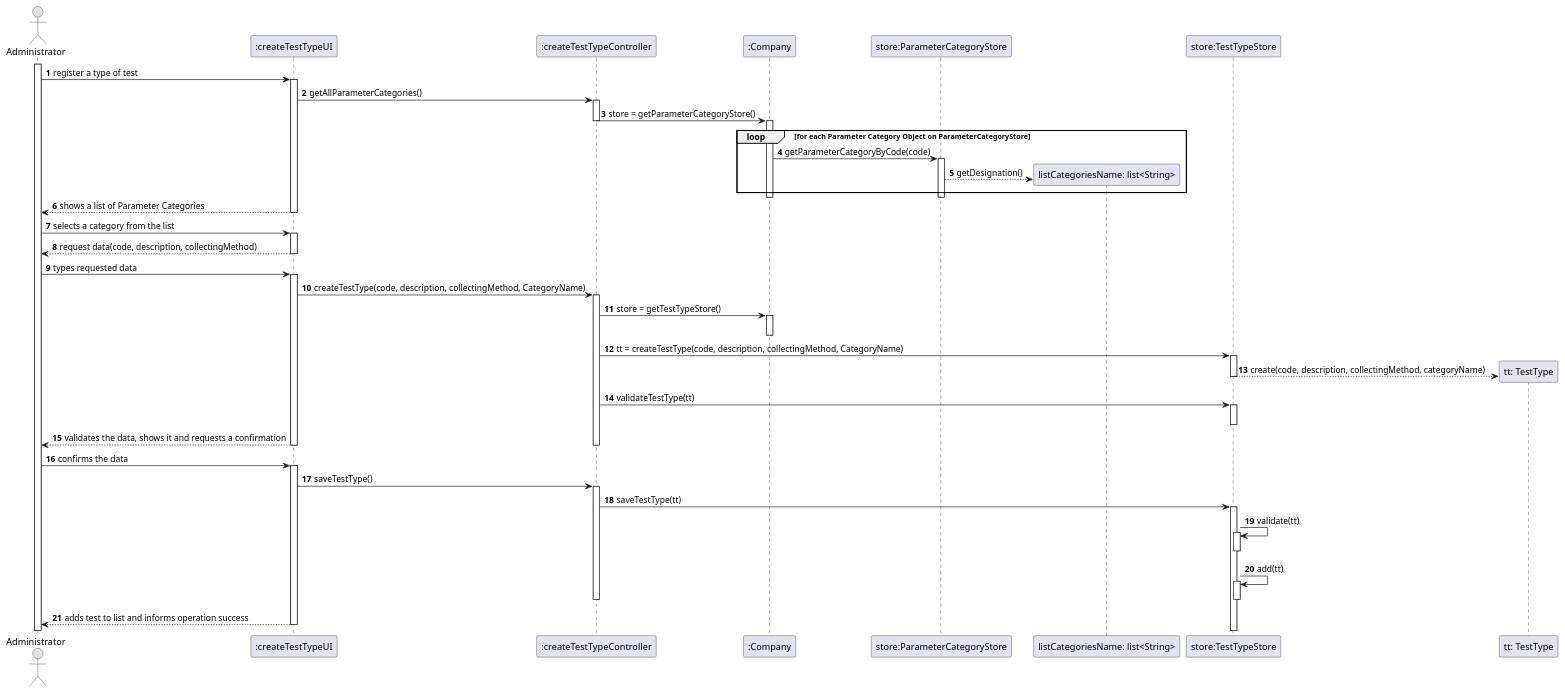
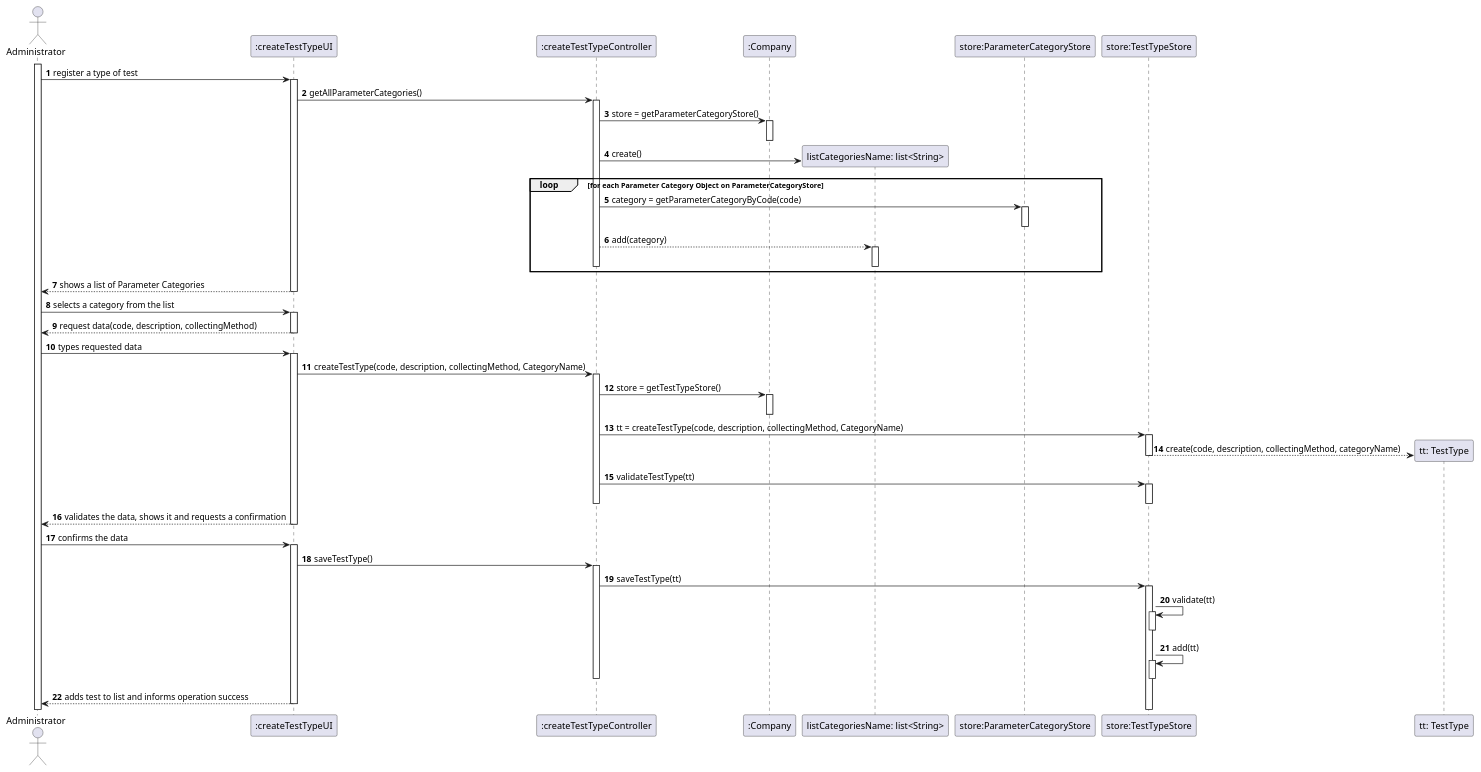
The diagram in docs/SprintB/US09/US09-SD.puml (0franciscor/lei-21-s2-1de-g19), drawn with PlantUML before and after one commit. The commit also changed 4 other files, not shown here.

```diff
--- a/docs/SprintB/US09/US09-SD.puml
+++ b/docs/SprintB/US09/US09-SD.puml
@@ -1,60 +1,79 @@
 @startuml
 autonumber
 actor "Administrator" as admin
 activate admin
 
 admin -> ":createTestTypeUI" : register a type of test
+
+
 activate ":createTestTypeUI"
 ":createTestTypeUI" -> ":createTestTypeController": getAllParameterCategories()
+
+
 activate ":createTestTypeController"
 ":createTestTypeController" -> ":Company": store = getParameterCategoryStore()
+activate ":Company"
+deactivate ":Company"
+
+
+create "listCategoriesName: list<String>"
+":createTestTypeController" -> "listCategoriesName: list<String>": create()
+
+
+loop for each Parameter Category Object on ParameterCategoryStore
+":createTestTypeController" -> "store:ParameterCategoryStore": category = getParameterCategoryByCode(code)
+
+
+activate "store:ParameterCategoryStore"
+deactivate "store:ParameterCategoryStore"
+":createTestTypeController" --> "listCategoriesName: list<String>": add(category)
+activate "listCategoriesName: list<String>"
+deactivate "listCategoriesName: list<String>"
 deactivate ":createTestTypeController"
-activate ":Company"
-loop for each Parameter Category Object on ParameterCategoryStore
-":Company" -> "store:ParameterCategoryStore": getParameterCategoryByCode(code)
-activate "store:ParameterCategoryStore"
-create "listCategoriesName: list<String>"
-"store:ParameterCategoryStore" --> "listCategoriesName: list<String>": getDesignation()
 end
-deactivate "store:ParameterCategoryStore"
-deactivate ":Company"
+
+
 ":createTestTypeUI" --> admin: shows a list of Parameter Categories
 deactivate ":createTestTypeUI"
+
 admin -> ":createTestTypeUI": selects a category from the list
+
 activate ":createTestTypeUI"
 ":createTestTypeUI" --> admin: request data(code, description, collectingMethod)
 deactivate ":createTestTypeUI"
 deactivate ":createTestTypeUI"
 admin -> ":createTestTypeUI" : types requested data
 activate ":createTestTypeUI"
 ":createTestTypeUI" -> ":createTestTypeController": createTestType(code, description, collectingMethod, CategoryName)
 activate ":createTestTypeController"
 ":createTestTypeController" -> ":Company" : store = getTestTypeStore()
 activate ":Company"
 deactivate ":Company"
 ":createTestTypeController" -> "store:TestTypeStore" : tt = createTestType(code, description, collectingMethod, CategoryName)
 activate "store:TestTypeStore"
 create "tt: TestType"
 "store:TestTypeStore" --> "tt: TestType" : create(code, description, collectingMethod, categoryName)
 deactivate "store:TestTypeStore"
 ":createTestTypeController" -> "store:TestTypeStore" : validateTestType(tt)
 activate "store:TestTypeStore"
 deactivate "store:TestTypeStore"
+deactivate ":createTestTypeController"
 ":createTestTypeUI" --> admin: validates the data, shows it and requests a confirmation
-deactivate ":createTestTypeController"
 deactivate ":createTestTypeUI"
 admin -> ":createTestTypeUI": confirms the data
 activate ":createTestTypeUI"
 ":createTestTypeUI" -> ":createTestTypeController": saveTestType()
 activate ":createTestTypeController"
+
 ":createTestTypeController" -> "store:TestTypeStore"++ : saveTestType(tt)
 "store:TestTypeStore" -> "store:TestTypeStore": validate(tt)
 activate "store:TestTypeStore"
 deactivate "store:TestTypeStore"
 "store:TestTypeStore" -> "store:TestTypeStore": add(tt)
 activate "store:TestTypeStore"
 deactivate "store:TestTypeStore"
+
 deactivate ":createTestTypeController"
 ":createTestTypeUI" --> admin: adds test to list and informs operation success
 deactivate ":createTestTypeUI"
 @enduml
```
